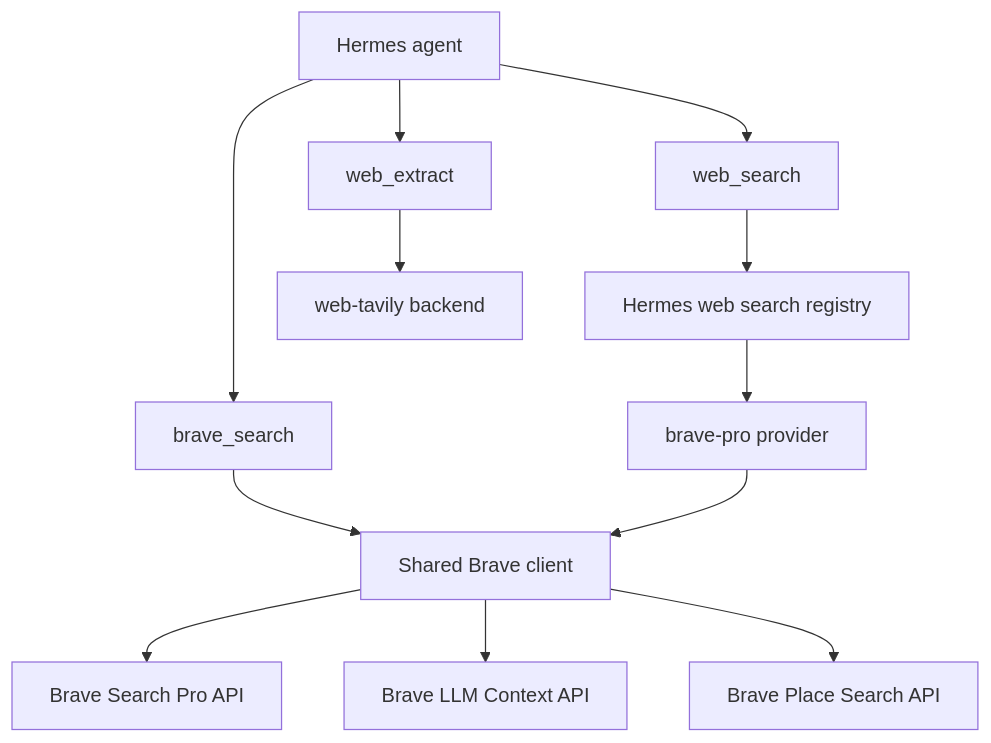
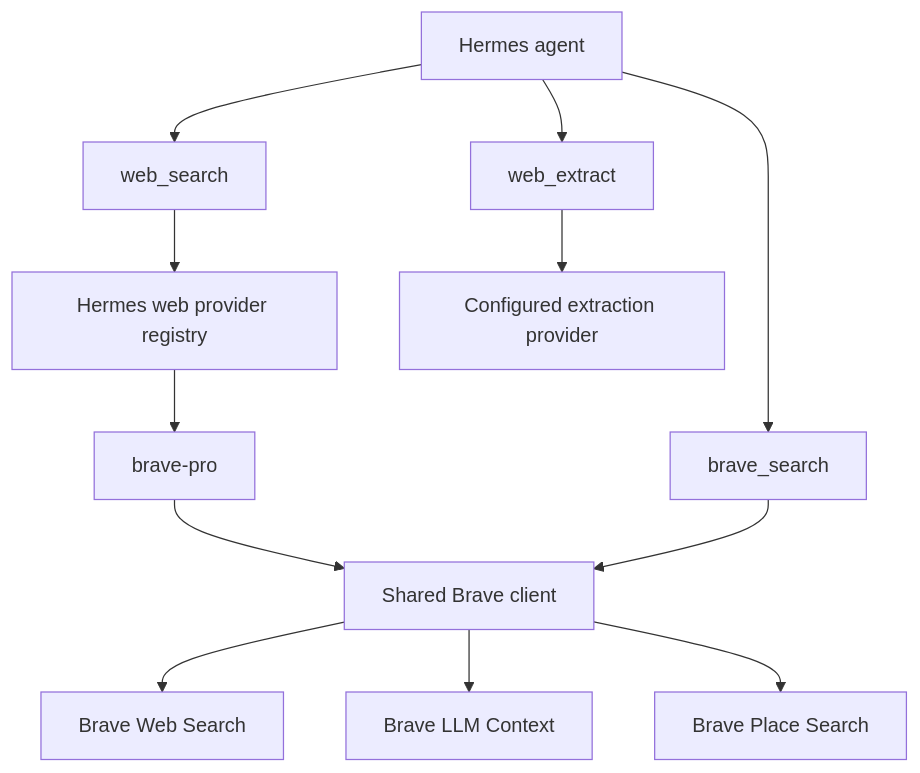
Before and after one commit to GodsBoy/hermes-brave-search-pro: the diagram in README.md, drawn with Mermaid. The commit also changed other lines of this file and 1 other file, not shown here.

````diff
--- a/README.md
+++ b/README.md
@@ -253,14 +291,14 @@
 ```mermaid
 flowchart TB
-  Agent[Hermes agent] --> BuiltIn[web_search]
+  Agent[Hermes agent] --> Search[web_search]
   Agent --> Advanced[brave_search]
-  BuiltIn --> Registry[Hermes web search registry]
-  Registry --> Brave[brave-pro provider]
-  Advanced --> Client[Shared Brave client]
-  Brave --> Client
-  Client --> API[Brave Search Pro API]
-  Client --> Context[Brave LLM Context API]
-  Client --> Local[Brave Place Search API]
+  Search --> Registry[Hermes web provider registry]
+  Registry --> Provider[brave-pro]
+  Provider --> Client[Shared Brave client]
+  Advanced --> Client
+  Client --> Web[Brave Web Search]
+  Client --> Context[Brave LLM Context]
+  Client --> Place[Brave Place Search]
   Agent --> Extract[web_extract]
-  Extract --> Tavily[web-tavily backend]
+  Extract --> ExtractProvider[Configured extraction provider]
 ```
````
